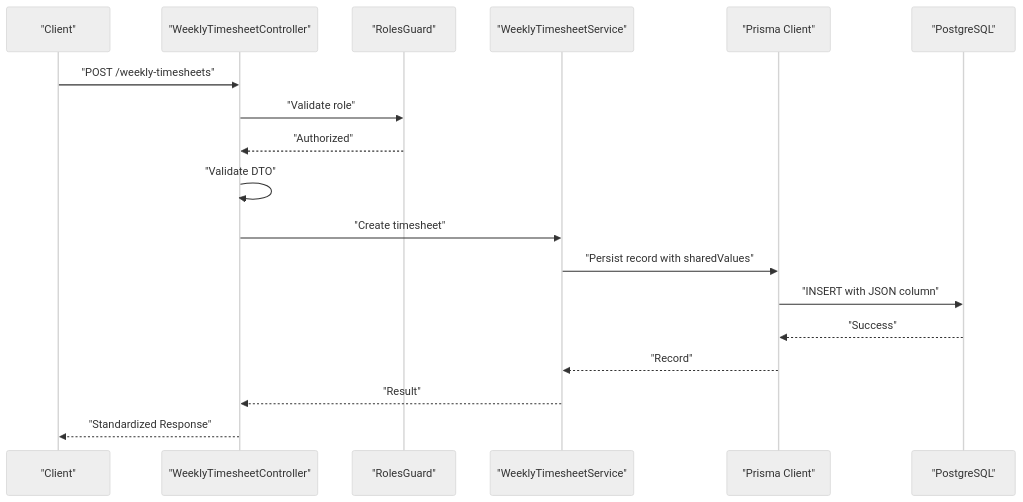
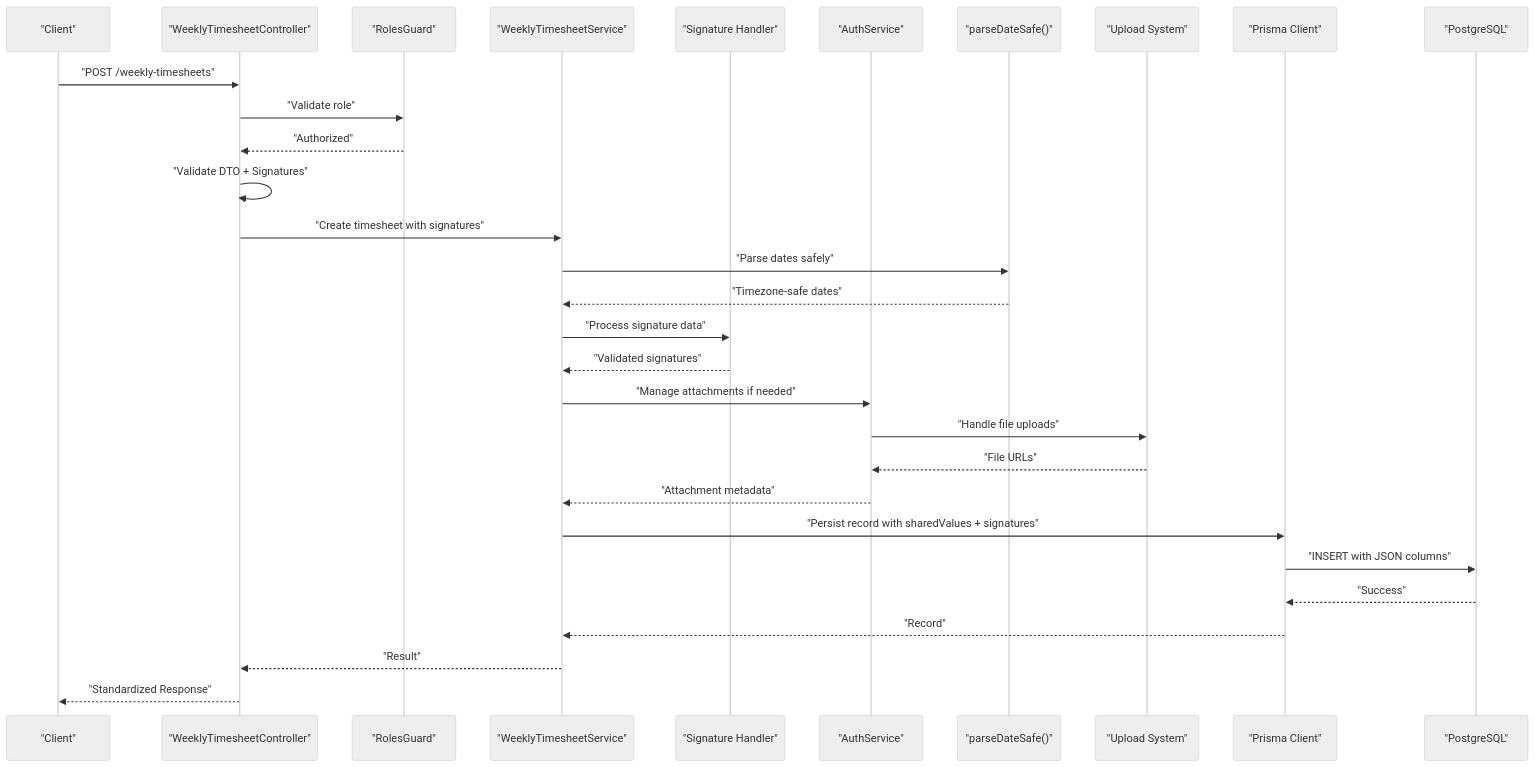
The second of 10 diagrams in .qoder/repowiki/en/content/Arquitetura Backend/Módulos do Sistema/Timesheet Semanal - Módulo Backend.md (RobertRuas/windlog), drawn with Mermaid (neutral theme) before and after one commit. The commit also changed other lines of this file and 136 other files, not shown here.

````diff
--- a/.qoder/repowiki/en/content/Arquitetura Backend/Módulos do Sistema/Timesheet Semanal - Módulo Backend.md
+++ b/.qoder/repowiki/en/content/Arquitetura Backend/Módulos do Sistema/Timesheet Semanal - Módulo Backend.md
@@ -129,20 +168,32 @@
 ```mermaid
 sequenceDiagram
 participant Client as "Client"
 participant Controller as "WeeklyTimesheetController"
 participant Guard as "RolesGuard"
 participant Service as "WeeklyTimesheetService"
+participant SignatureHandler as "Signature Handler"
+participant AuthService as "AuthService"
+participant DateHelper as "parseDateSafe()"
+participant UploadSystem as "Upload System"
 participant Prisma as "Prisma Client"
 participant DB as "PostgreSQL"
 Client->>Controller : "POST /weekly-timesheets"
 Controller->>Guard : "Validate role"
 Guard-->>Controller : "Authorized"
-Controller->>Controller : "Validate DTO"
-Controller->>Service : "Create timesheet"
-Service->>Prisma : "Persist record with sharedValues"
-Prisma->>DB : "INSERT with JSON column"
+Controller->>Controller : "Validate DTO + Signatures"
+Controller->>Service : "Create timesheet with signatures"
+Service->>DateHelper : "Parse dates safely"
+DateHelper-->>Service : "Timezone-safe dates"
+Service->>SignatureHandler : "Process signature data"
+SignatureHandler-->>Service : "Validated signatures"
+Service->>AuthService : "Manage attachments if needed"
+AuthService->>UploadSystem : "Handle file uploads"
+UploadSystem-->>AuthService : "File URLs"
+AuthService-->>Service : "Attachment metadata"
+Service->>Prisma : "Persist record with sharedValues + signatures"
+Prisma->>DB : "INSERT with JSON columns"
 DB-->>Prisma : "Success"
 Prisma-->>Service : "Record"
 Service-->>Controller : "Result"
 Controller-->>Client : "Standardized Response"
 ```
````
